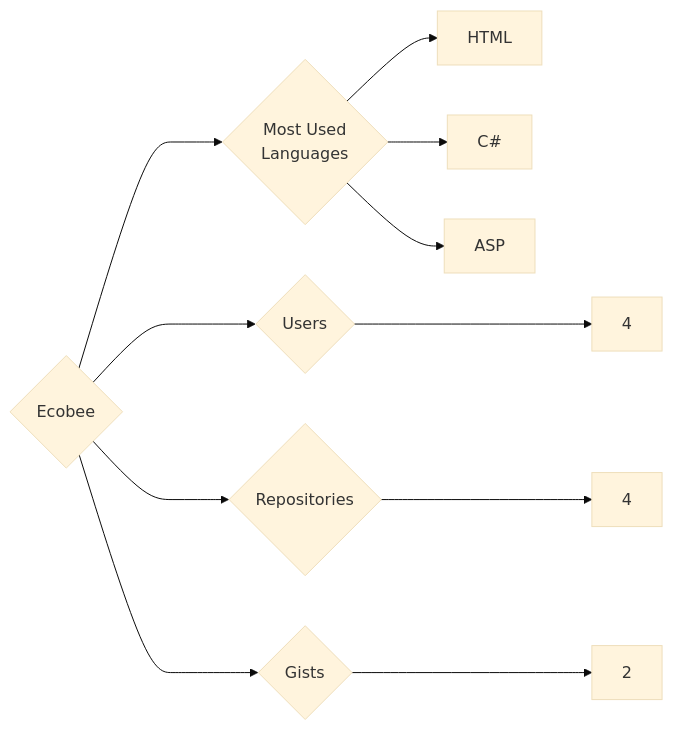
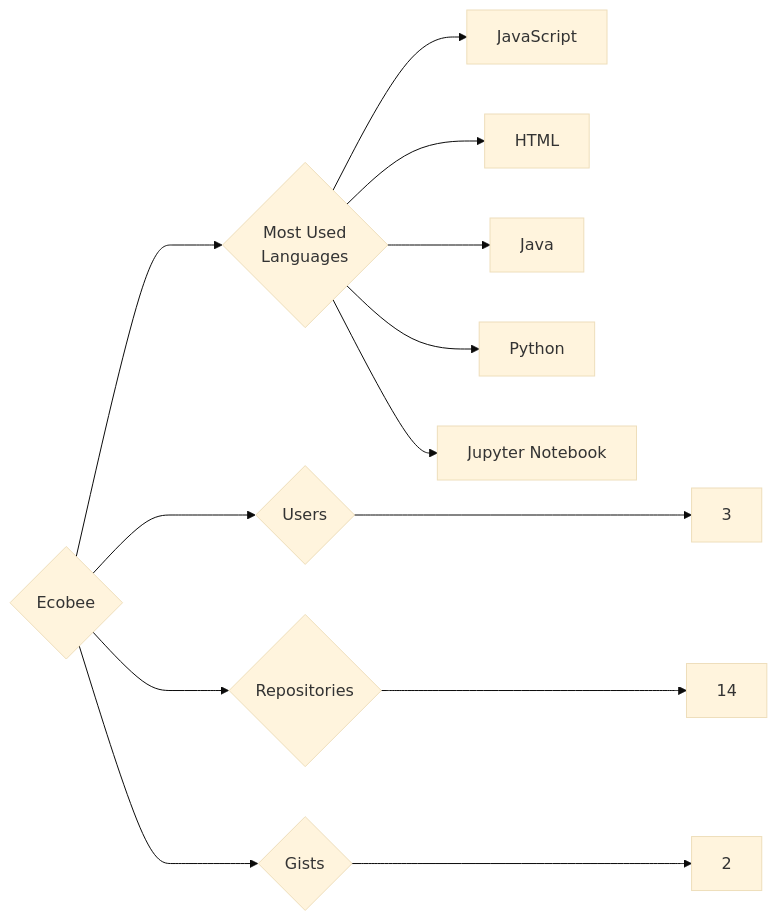
The diagram in targets/Ecobee/README.md (trickest/insiders), drawn with Mermaid (base theme) before and after one commit. The commit also changed 1120 other files, not shown here.

````diff
--- a/targets/Ecobee/README.md
+++ b/targets/Ecobee/README.md
@@ -3,11 +3,13 @@
 ```mermaid
 graph LR
 COMPANY_NAME{Ecobee}
-COMPANY_NAME ---> U{Users} ---> UN[4]
-COMPANY_NAME ---> R{Repositories} ---> RN[4]
+COMPANY_NAME ---> U{Users} ---> UN[3]
+COMPANY_NAME ---> R{Repositories} ---> RN[14]
 COMPANY_NAME ---> G{Gists} ---> GN[2]
 COMPANY_NAME ---> ML{Most Used<br>Languages}
+ML --> JavaScript[JavaScript]
 ML --> HTML[HTML]
-ML --> C#[C#]
-ML --> ASP[ASP]
+ML --> Java[Java]
+ML --> Python[Python]
+ML --> Jupyter_Notebook[Jupyter Notebook]
 ```
````
